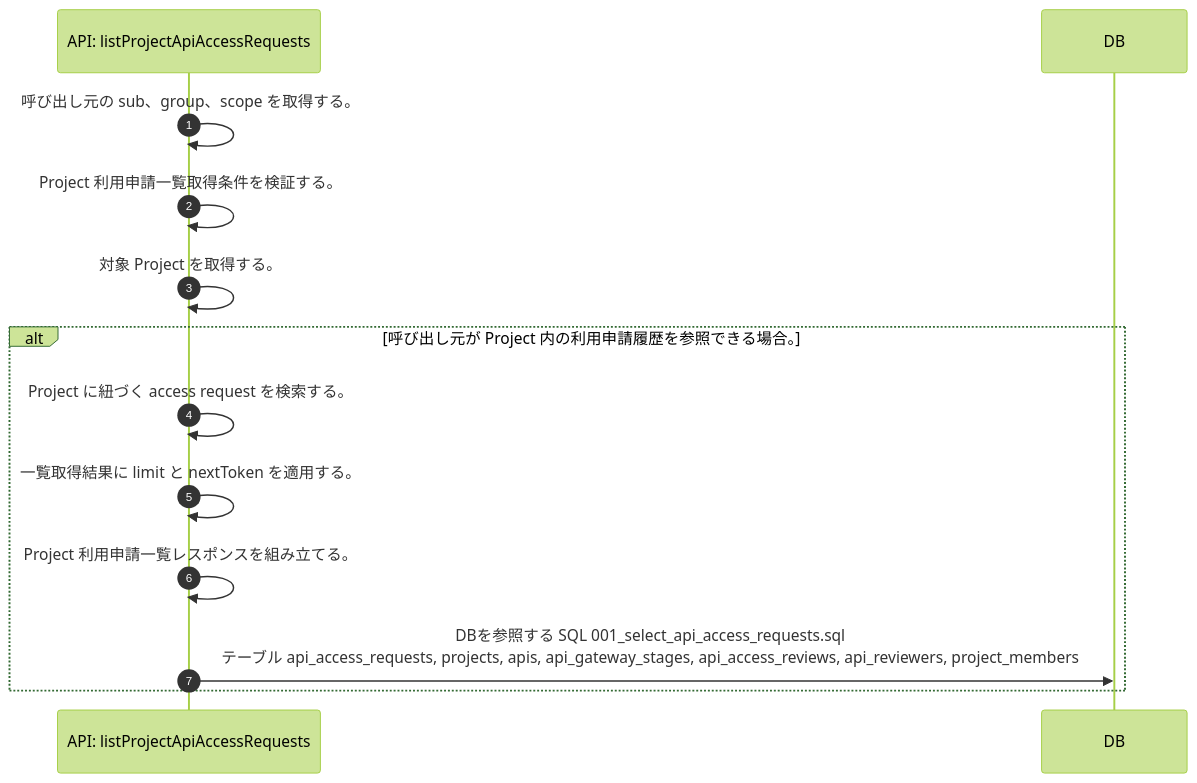
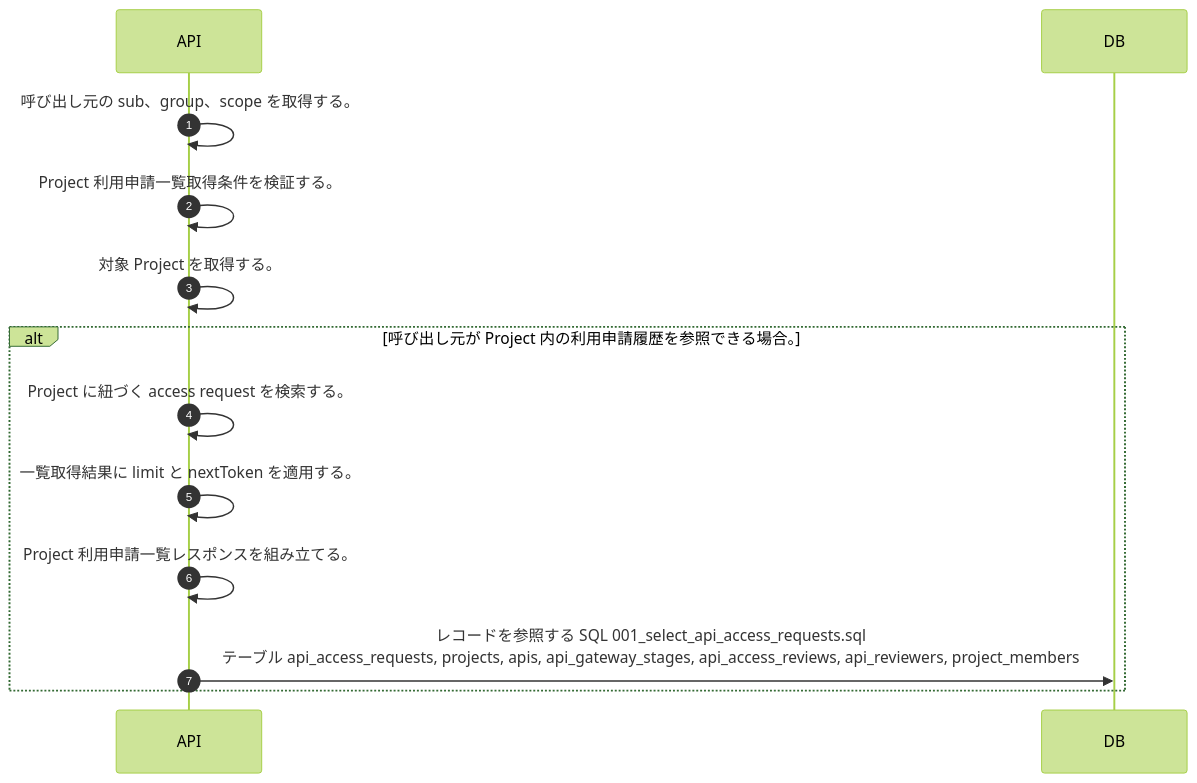
One commit to tsuji-tomonori/lazunex changed the diagram in docs/spec/40.apis/projects/list_project_api_access_requests/sequence_gen.md. Above: the diagram before and after it, drawn with Mermaid (forest theme). The commit also changed 15 other files, not shown here.

First line of the commit message:
🐛 fix(api): sequenceのAPI名とDB操作表現を修正

````diff
--- a/docs/spec/40.apis/projects/list_project_api_access_requests/sequence_gen.md
+++ b/docs/spec/40.apis/projects/list_project_api_access_requests/sequence_gen.md
@@ -5,15 +5,15 @@
 ```mermaid
 sequenceDiagram
   autonumber
-  participant API as API: listProjectApiAccessRequests
+  participant API as API
   participant DB as DB
   API->>API: 呼び出し元の sub、group、scope を取得する。
   API->>API: Project 利用申請一覧取得条件を検証する。
   API->>API: 対象 Project を取得する。
   alt 呼び出し元が Project 内の利用申請履歴を参照できる場合。
     API->>API: Project に紐づく access request を検索する。
     API->>API: 一覧取得結果に limit と nextToken を適用する。
     API->>API: Project 利用申請一覧レスポンスを組み立てる。
-    API->>DB: DBを参照する SQL 001_select_api_access_requests.sql<br/>テーブル api_access_requests, projects, apis, api_gateway_stages, api_access_reviews, api_reviewers, project_members
+    API->>DB: レコードを参照する SQL 001_select_api_access_requests.sql<br/>テーブル api_access_requests, projects, apis, api_gateway_stages, api_access_reviews, api_reviewers, project_members
   end
 ```
````
